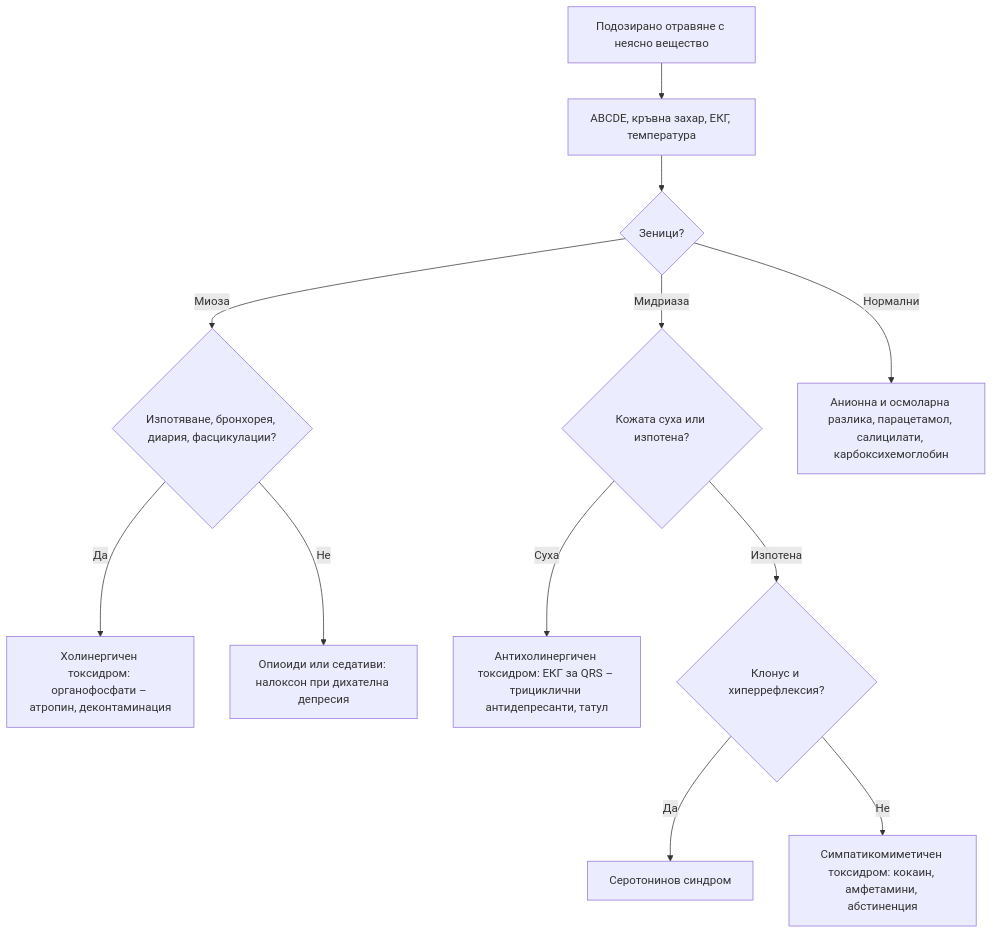
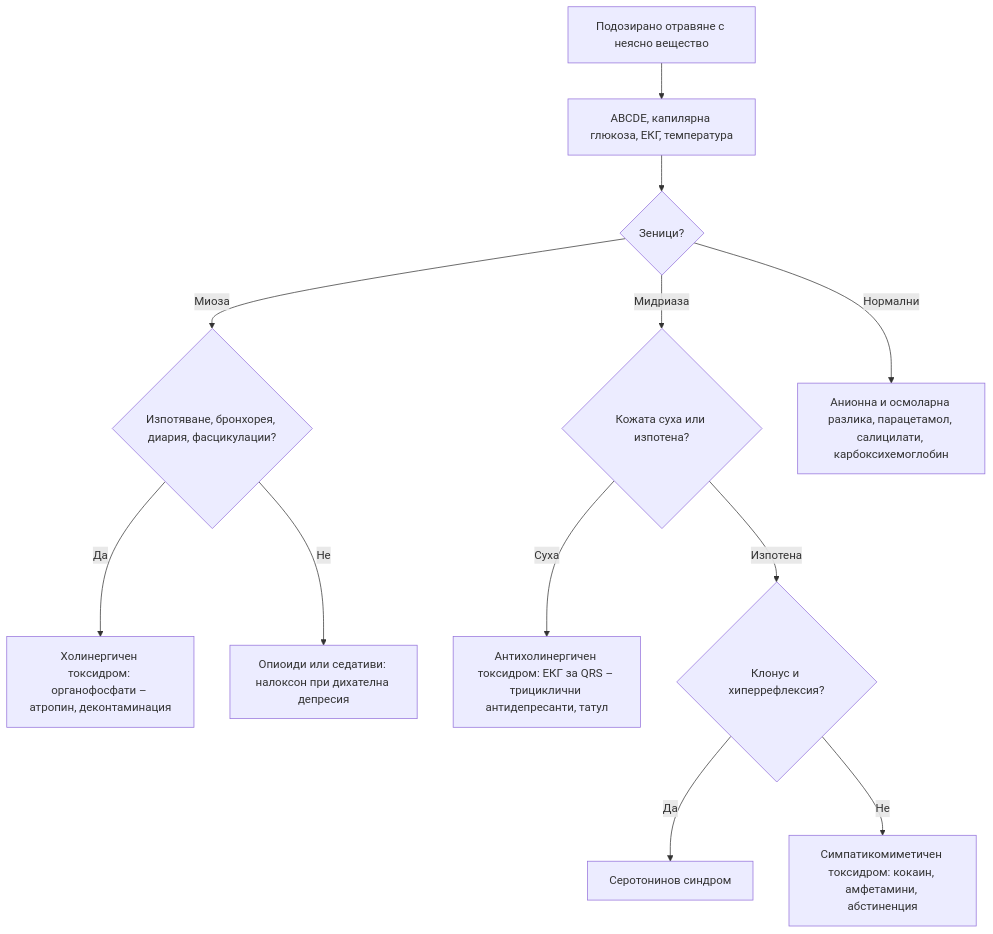
One commit to yancho26/yancho changed the diagram in glavi/79-otravyania.md. Above: the diagram before and after it, drawn with Mermaid. The commit also changed other lines of this file and 16 other files, not shown here.

First line of the commit message:
Научен стил и терминология: капилярна глюкоза, екстракция на зъб, рентгенография, каплевиден псориазис; без разговорни „значи“ и „хапчета“

````diff
--- a/glavi/79-otravyania.md
+++ b/glavi/79-otravyania.md
@@ -251,16 +251,16 @@
 ```mermaid
 flowchart TD
     accTitle: Диагностичен алгоритъм при неизвестно отравяне
     accDescr: Блок-схема. Начало: Подозирано отравяне с неясно вещество. Въпроси: Зеници? · Изпотяване, бронхорея, диария, фасцикулации? · Кожата суха или изпотена? · Клонус и хиперрефлексия? Пълното текстово описание е под схемата.
-    A["Подозирано отравяне с неясно вещество"] --> B["ABCDE, кръвна захар, ЕКГ, температура"]
+    A["Подозирано отравяне с неясно вещество"] --> B["ABCDE, капилярна глюкоза, ЕКГ, температура"]
     B --> C{"Зеници?"}
     C -->|Миоза| D{"Изпотяване, бронхорея, диария, фасцикулации?"}
     D -->|Да| E["Холинергичен токсидром: органофосфати – атропин, деконтаминация"]
     D -->|Не| F["Опиоиди или седативи: налоксон при дихателна депресия"]
     C -->|Мидриаза| G{"Кожата суха или изпотена?"}
     G -->|Суха| H["Антихолинергичен токсидром: ЕКГ за QRS – трициклични антидепресанти, татул"]
     G -->|Изпотена| I{"Клонус и хиперрефлексия?"}
     I -->|Да| J["Серотонинов синдром"]
     I -->|Не| K["Симпатикомиметичен токсидром: кокаин, амфетамини, абстиненция"]
     C -->|Нормални| L["Анионна и осмоларна разлика, парацетамол, салицилати, карбоксихемоглобин"]
 ```
````
